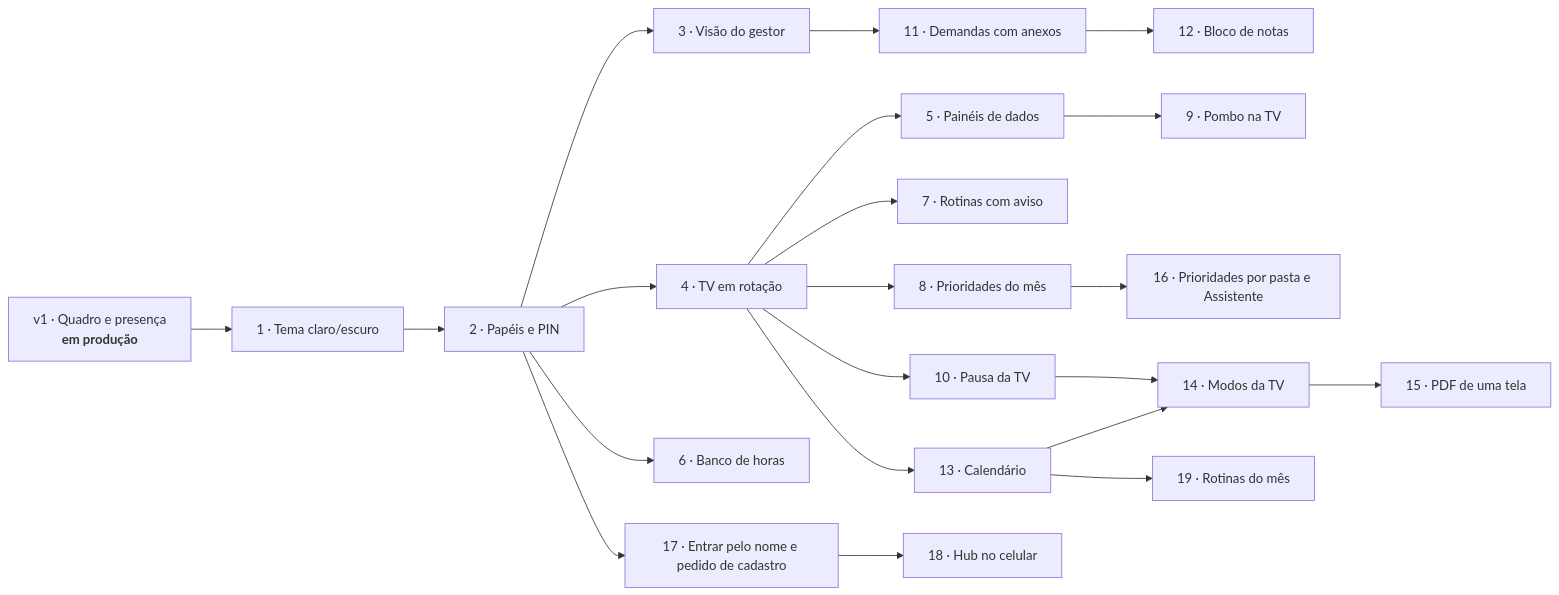
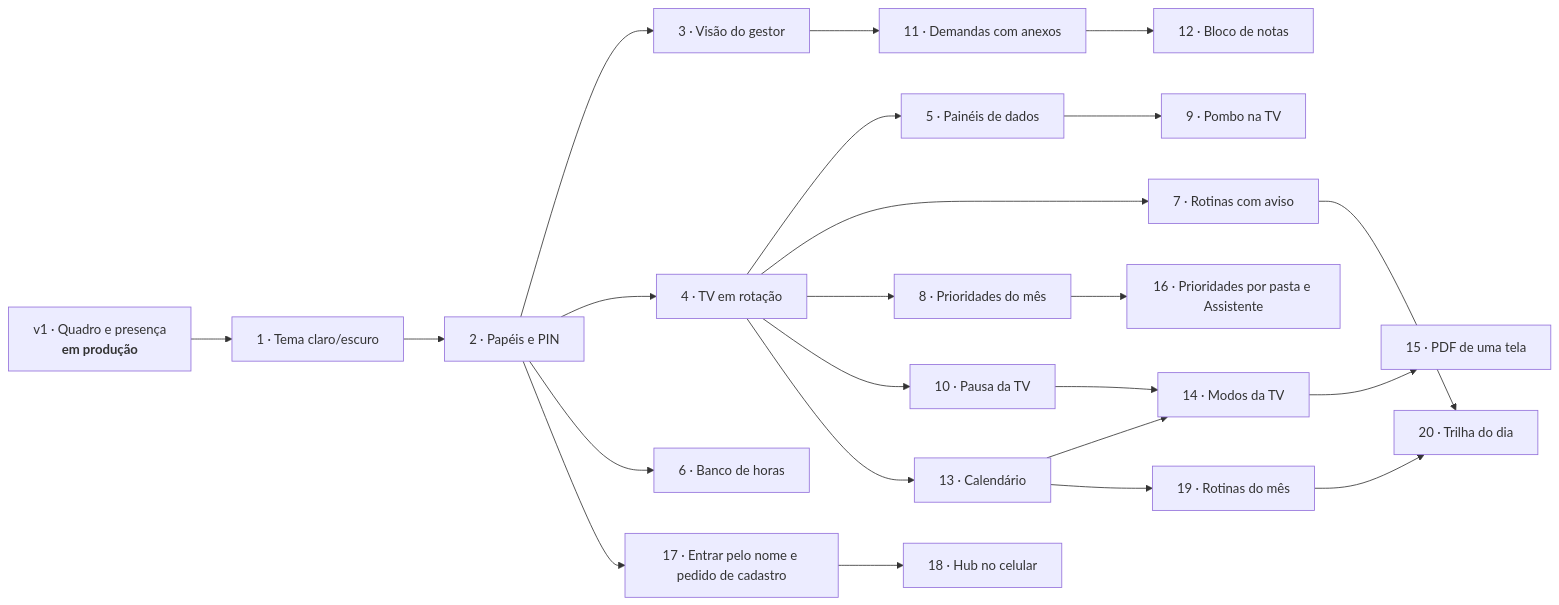
The diagram in docs/roadmap.md (fishman2004/hub-analistas), drawn with Mermaid before and after one commit. The commit also changed other lines of this file and 27 other files, not shown here.

First line of the commit message:
Fase 20: trilha do dia de cada analista, com a luz na TV

````diff
--- a/docs/roadmap.md
+++ b/docs/roadmap.md
@@ -5,23 +5,25 @@
 ```mermaid
 flowchart LR
     V1[v1 · Quadro e presença<br><b>em produção</b>] --> F1[1 · Tema claro/escuro]
     F1 --> F2[2 · Papéis e PIN]
     F2 --> F3[3 · Visão do gestor]
     F2 --> F4[4 · TV em rotação]
     F4 --> F5[5 · Painéis de dados]
     F2 --> F6[6 · Banco de horas]
     F4 --> F7[7 · Rotinas com aviso]
     F4 --> F8[8 · Prioridades do mês]
     F5 --> F9[9 · Pombo na TV]
     F4 --> F10[10 · Pausa da TV]
     F3 --> F11[11 · Demandas com anexos]
     F11 --> F12[12 · Bloco de notas]
     F4 --> F13[13 · Calendário]
     F10 --> F14[14 · Modos da TV]
     F13 --> F14
     F14 --> F15[15 · PDF de uma tela]
     F8 --> F16[16 · Prioridades por pasta e Assistente]
     F2 --> F17[17 · Entrar pelo nome e pedido de cadastro]
     F17 --> F18[18 · Hub no celular]
     F13 --> F19[19 · Rotinas do mês]
+    F7 --> F20[20 · Trilha do dia]
+    F19 --> F20
 ```
````
